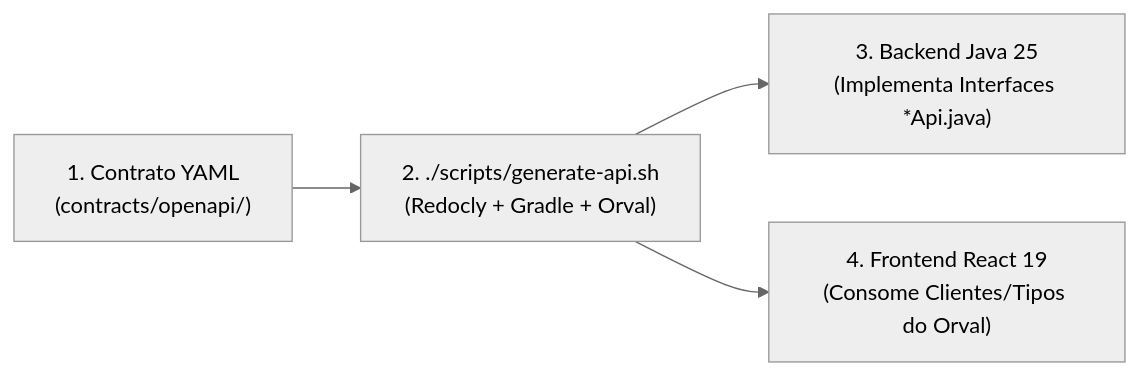
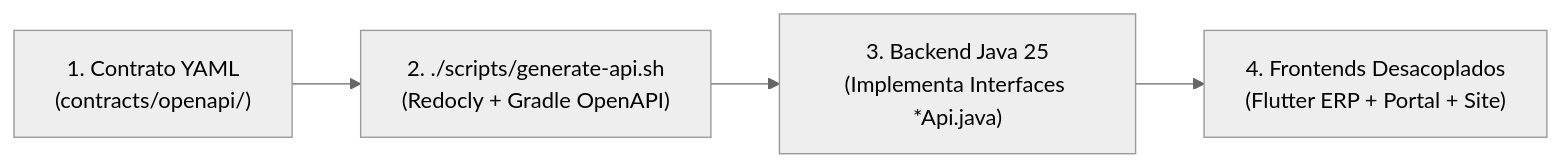
Before and after one commit to RuyXingubit/ispERP: the diagram in README.md, drawn with Mermaid (neutral theme). The commit also changed other lines of this file and 45 other files, not shown here.

Commit message:
feat(sdd): alinhamento SDD, contratos 100% OpenAPI, infra Docker multi-stage e integração real no Flutter

````diff
--- a/README.md
+++ b/README.md
@@ -38,6 +38,6 @@
 ```mermaid
 flowchart LR
-    YAML["1. Contrato YAML\n(contracts/openapi/)"] --> Codegen["2. ./scripts/generate-api.sh\n(Redocly + Gradle + Orval)"]
+    YAML["1. Contrato YAML\n(contracts/openapi/)"] --> Codegen["2. ./scripts/generate-api.sh\n(Redocly + Gradle OpenAPI)"]
     Codegen --> Backend["3. Backend Java 25\n(Implementa Interfaces *Api.java)"]
-    Codegen --> Frontend["4. Frontend React 19\n(Consome Clientes/Tipos do Orval)"]
+    Backend --> Frontends["4. Frontends Desacoplados\n(Flutter ERP + Portal + Site)"]
 ```
````
